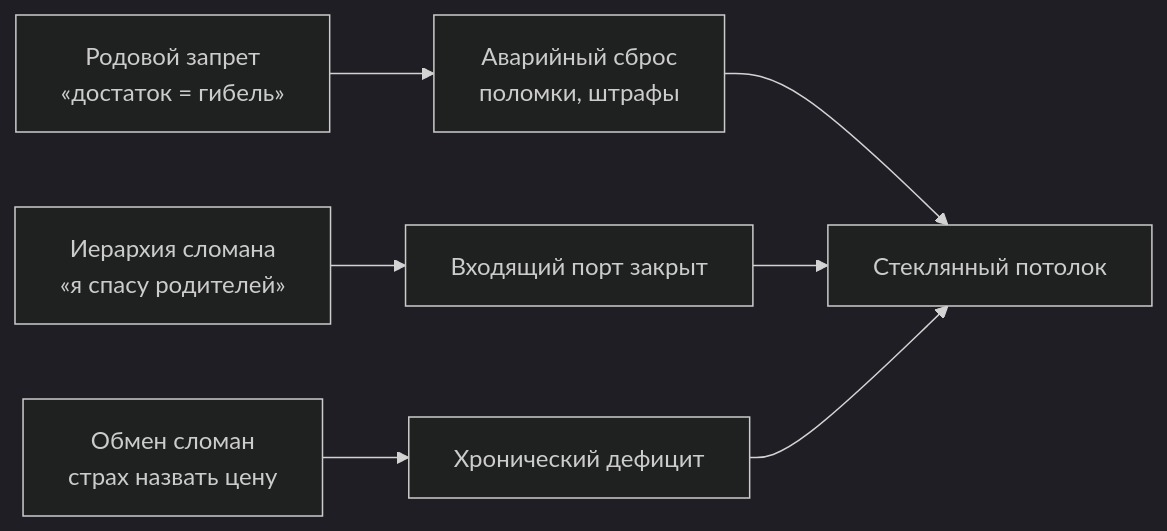
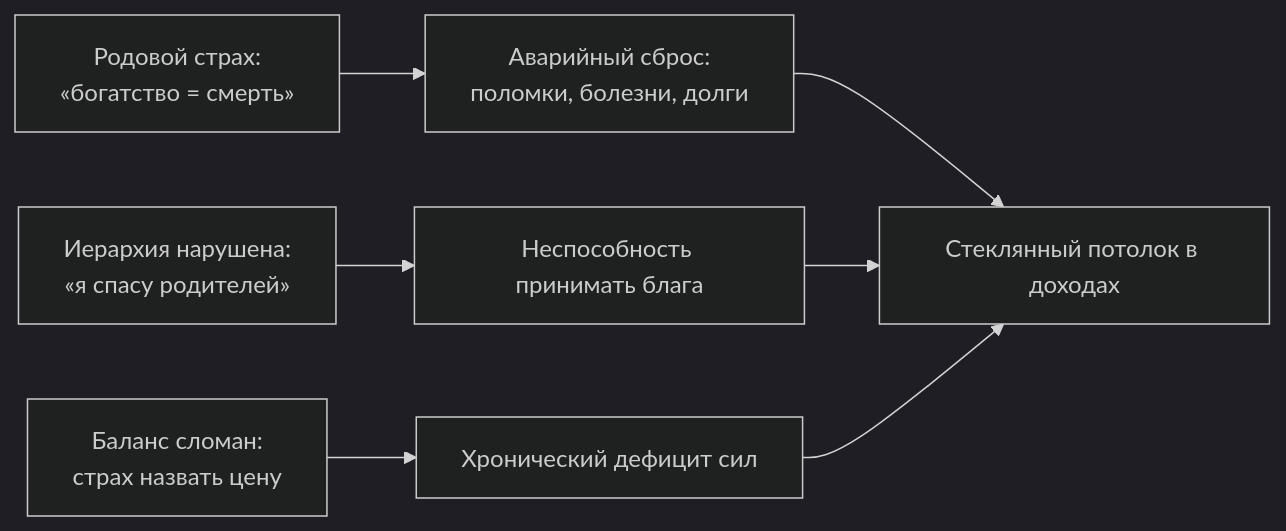
The diagram in root/44-resources-in-network/ru.mdx (GTFB/threebooks), drawn with Mermaid (dark theme) before and after one commit. The commit also changed other lines of this file and 40 other files, not shown here.

````diff
--- a/root/44-resources-in-network/ru.mdx
+++ b/root/44-resources-in-network/ru.mdx
@@ -45,7 +51,7 @@
 ```mermaid
 flowchart LR
-  A["Родовой запрет\n«достаток = гибель»"] --> B["Аварийный сброс\nполомки, штрафы"]
-  C["Иерархия сломана\n«я спасу родителей»"] --> D["Входящий порт закрыт"]
-  E["Обмен сломан\nстрах назвать цену"] --> F["Хронический дефицит"]
-  B & D & F --> G["Стеклянный потолок"]
+  A["Родовой страх:\n«богатство = смерть»"] --> B["Аварийный сброс:\nполомки, болезни, долги"]
+  C["Иерархия нарушена:\n«я спасу родителей»"] --> D["Неспособность принимать блага"]
+  E["Баланс сломан:\nстрах назвать цену"] --> F["Хронический дефицит сил"]
+  B & D & F --> G["Стеклянный потолок в доходах"]
 ```
````
